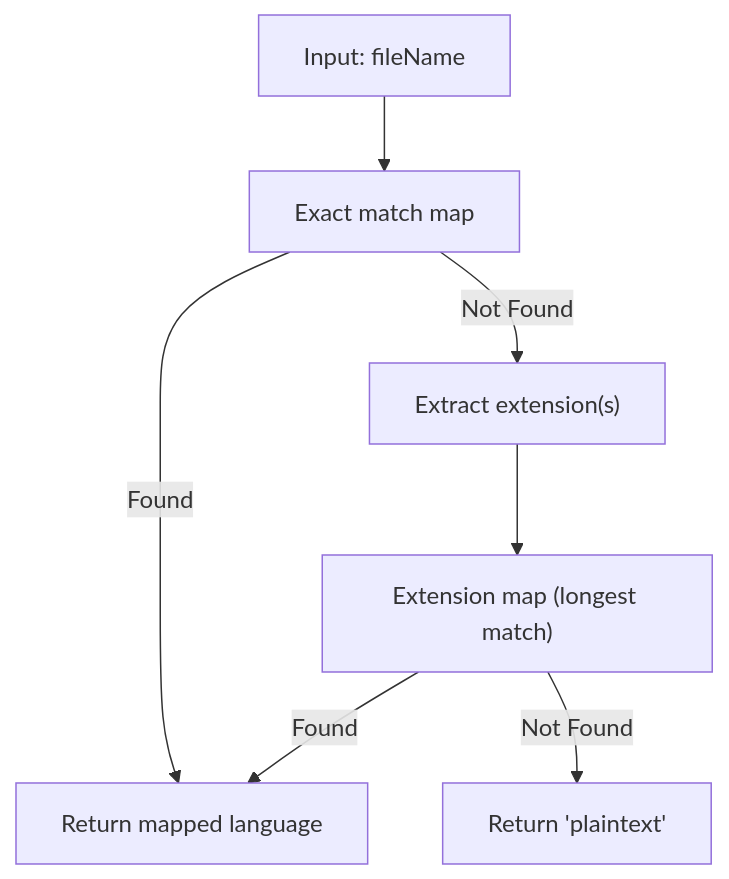
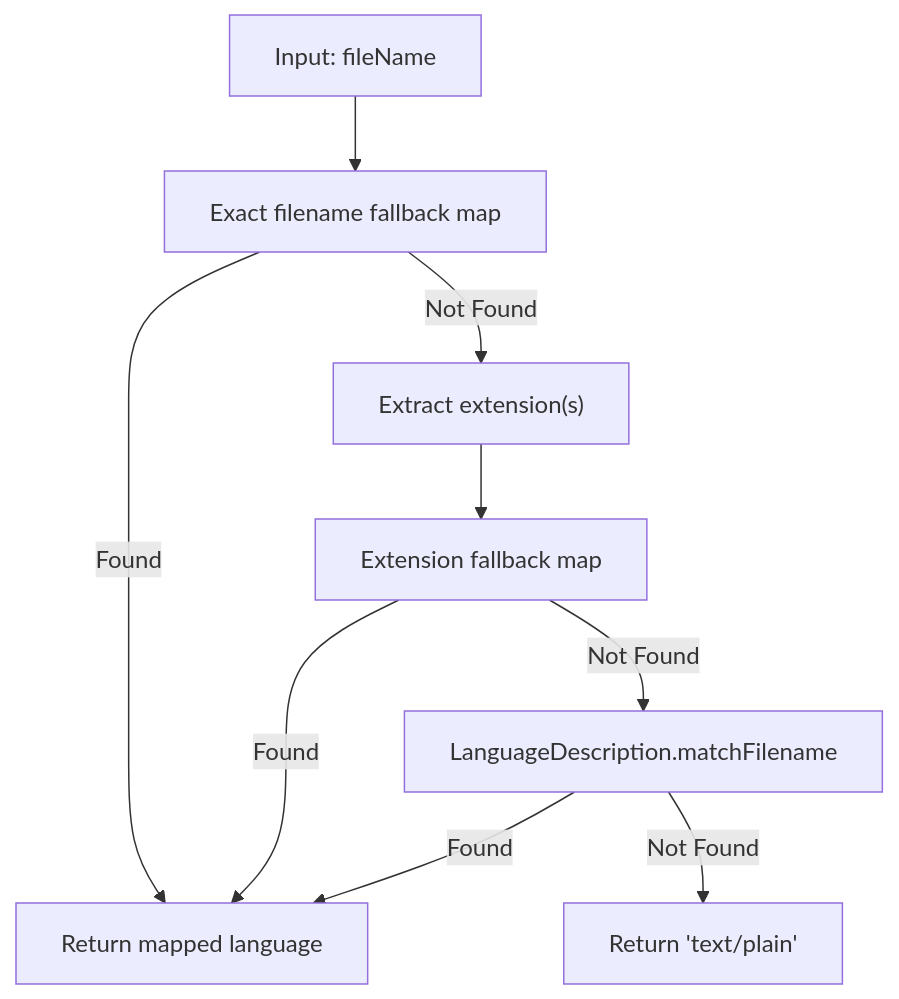
One commit to v0lka/c0wrk changed the sixth of 10 diagrams in .qoder/repowiki/en/content/Frontend Application/UI Components/File Viewer Components.md. Above: the diagram before and after it, drawn with Mermaid. The commit also changed other lines of this file and 3 other files, not shown here.

````diff
--- a/.qoder/repowiki/en/content/Frontend Application/UI Components/File Viewer Components.md
+++ b/.qoder/repowiki/en/content/Frontend Application/UI Components/File Viewer Components.md
@@ -264,9 +305,11 @@
 ```mermaid
 flowchart TD
-Name["Input: fileName"] --> Exact["Exact match map"]
+Name["Input: fileName"] --> Exact["Exact filename fallback map"]
 Exact --> |Found| Lang["Return mapped language"]
 Exact --> |Not Found| Ext["Extract extension(s)"]
-Ext --> Map["Extension map (longest match)"]
-Map --> |Found| Lang
-Map --> |Not Found| Plaintext["Return 'plaintext'"]
+Ext --> ExtMap["Extension fallback map"]
+ExtMap --> |Found| Lang
+ExtMap --> |Not Found| LangData["LanguageDescription.matchFilename"]
+LangData --> |Found| Lang
+LangData --> |Not Found| Plaintext["Return 'text/plain'"]
 ```
````
